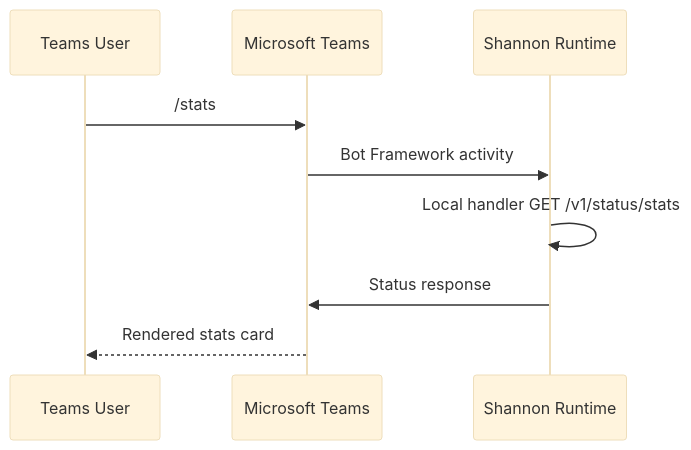
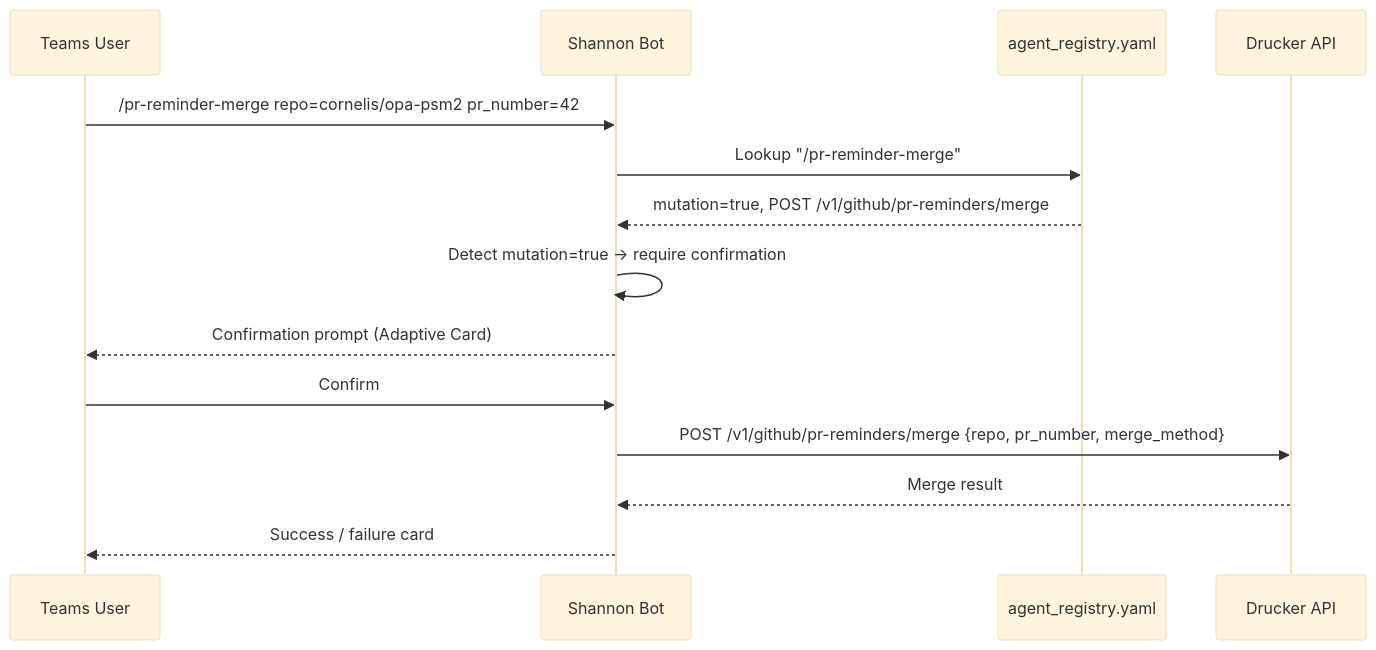
Before and after one commit to jmac-cornelis/agent-workforce: the third of 4 diagrams in docs/config-shannon.md, drawn with Mermaid (base theme). The commit also changed other lines of this file and 7 other files, not shown here.

````diff
--- a/docs/config-shannon.md
+++ b/docs/config-shannon.md
@@ -93,12 +89,17 @@
 ```mermaid
 sequenceDiagram
     participant User as Teams User
-    participant Teams as Microsoft Teams
-    participant Shannon as Shannon Runtime
+    participant Shannon as Shannon Bot
+    participant Registry as agent_registry.yaml
+    participant Drucker as Drucker API
 
-    User->>Teams: /stats
-    Teams->>Shannon: Bot Framework activity
-    Shannon->>Shannon: Local handler GET /v1/status/stats
-    Shannon->>Teams: Status response
-    Teams-->>User: Rendered stats card
+    User->>Shannon: /pr-reminder-merge repo=cornelis/opa-psm2 pr_number=42
+    Shannon->>Registry: Lookup "/pr-reminder-merge"
+    Registry-->>Shannon: mutation=true, POST /v1/github/pr-reminders/merge
+    Shannon->>Shannon: Detect mutation=true → require confirmation
+    Shannon-->>User: Confirmation prompt (Adaptive Card)
+    User->>Shannon: Confirm
+    Shannon->>Drucker: POST /v1/github/pr-reminders/merge {repo, pr_number, merge_method}
+    Drucker-->>Shannon: Merge result
+    Shannon-->>User: Success / failure card
 ```
````
